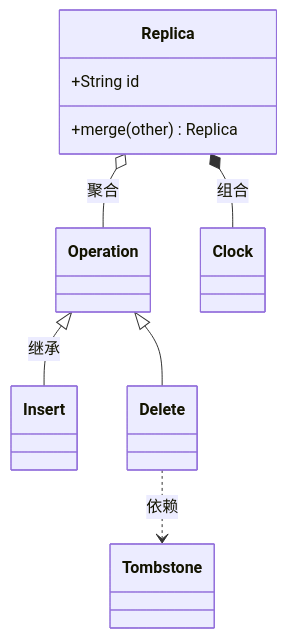
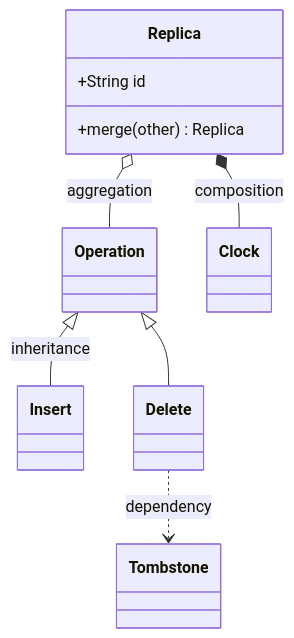
Before and after one commit to folay-git/typora-cursor-theme: the second of 7 diagrams in preview.md, drawn with Mermaid. The commit also changed other lines of this file and 16 other files, not shown here.

````diff
--- a/preview.md
+++ b/preview.md
@@ -114,15 +114,15 @@
 ```mermaid
 classDiagram
     class Replica {
         +String id
         +merge(other) Replica
     }
     class Operation
     class Clock
     class Tombstone
-    Replica *-- Clock : 组合
-    Replica o-- Operation : 聚合
-    Operation <|-- Insert : 继承
+    Replica *-- Clock : composition
+    Replica o-- Operation : aggregation
+    Operation <|-- Insert : inheritance
     Operation <|-- Delete
-    Delete ..> Tombstone : 依赖
+    Delete ..> Tombstone : dependency
 ```
````
